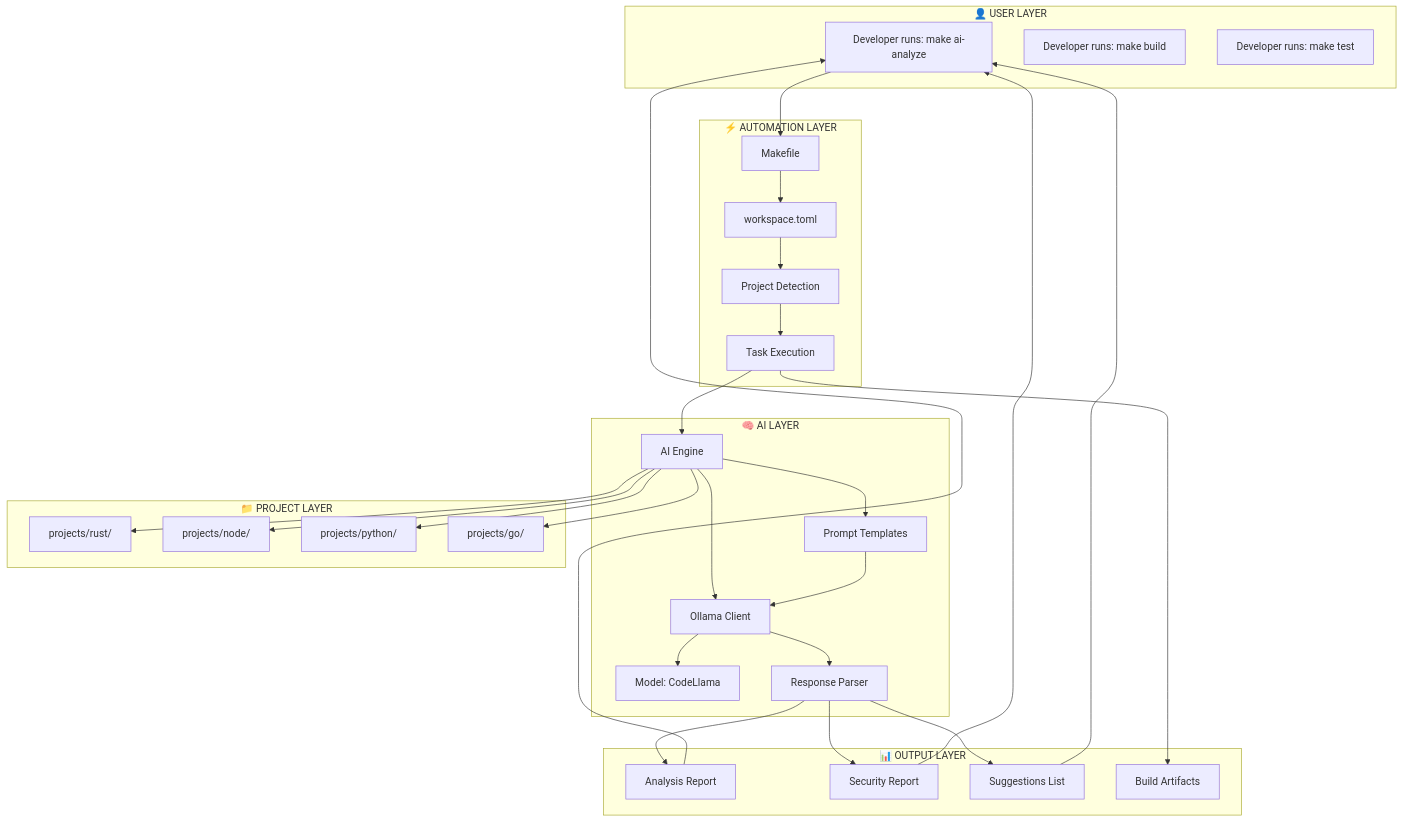
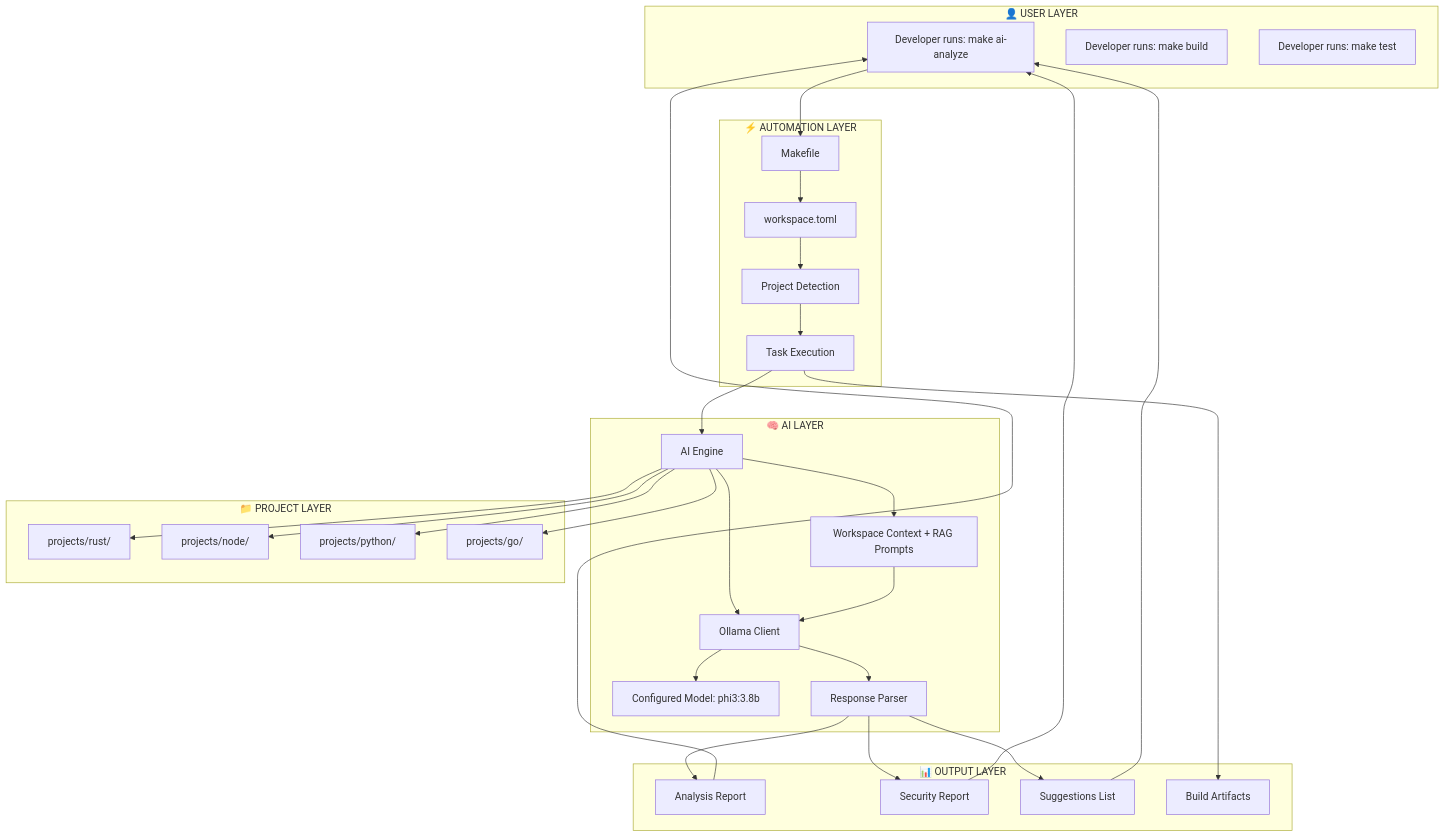
One commit to anonto42/poly.glid_security_workspace changed the third of 10 diagrams in .agents/ARCHITECTURE_FLOW.md. Above: the diagram before and after it, drawn with Mermaid. The commit also changed 20 other files, not shown here.

````diff
--- a/.agents/ARCHITECTURE_FLOW.md
+++ b/.agents/ARCHITECTURE_FLOW.md
@@ -86,63 +86,63 @@
 ```mermaid
 graph TD
     subgraph "👤 USER LAYER"
         U1[Developer runs: make ai-analyze]
         U2[Developer runs: make build]
         U3[Developer runs: make test]
     end
 
     subgraph "⚡ AUTOMATION LAYER"
         M1[Makefile]
         M2[workspace.toml]
         M3[Project Detection]
         M4[Task Execution]
     end
 
     subgraph "🧠 AI LAYER"
         A1[AI Engine]
         A2[Ollama Client]
-        A3[Model: CodeLlama]
-        A4[Prompt Templates]
+        A3[Configured Model: phi3:3.8b]
+        A4[Workspace Context + RAG Prompts]
         A5[Response Parser]
     end
 
     subgraph "📁 PROJECT LAYER"
         P1[projects/rust/]
         P2[projects/node/]
         P3[projects/python/]
         P4[projects/go/]
     end
 
     subgraph "📊 OUTPUT LAYER"
         O1[Analysis Report]
         O2[Security Report]
         O3[Suggestions List]
         O4[Build Artifacts]
     end
 
     U1 --> M1
     M1 --> M2
     M2 --> M3
     M3 --> M4
     M4 --> A1
 
     A1 --> A2
     A2 --> A3
     A1 --> A4
     A4 --> A2
     A2 --> A5
 
     A1 --> P1
     A1 --> P2
     A1 --> P3
     A1 --> P4
 
     A5 --> O1
     A5 --> O2
     A5 --> O3
     M4 --> O4
 
     O1 --> U1
     O2 --> U1
     O3 --> U1
 ```
````
